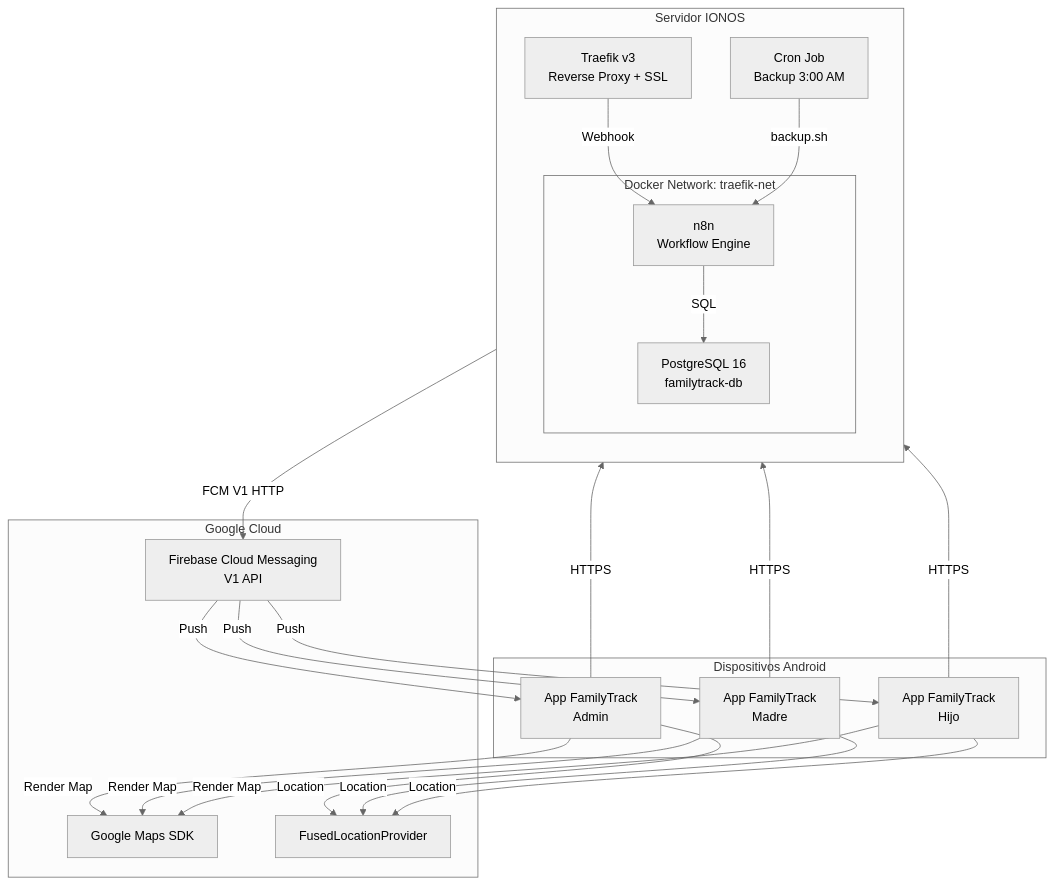
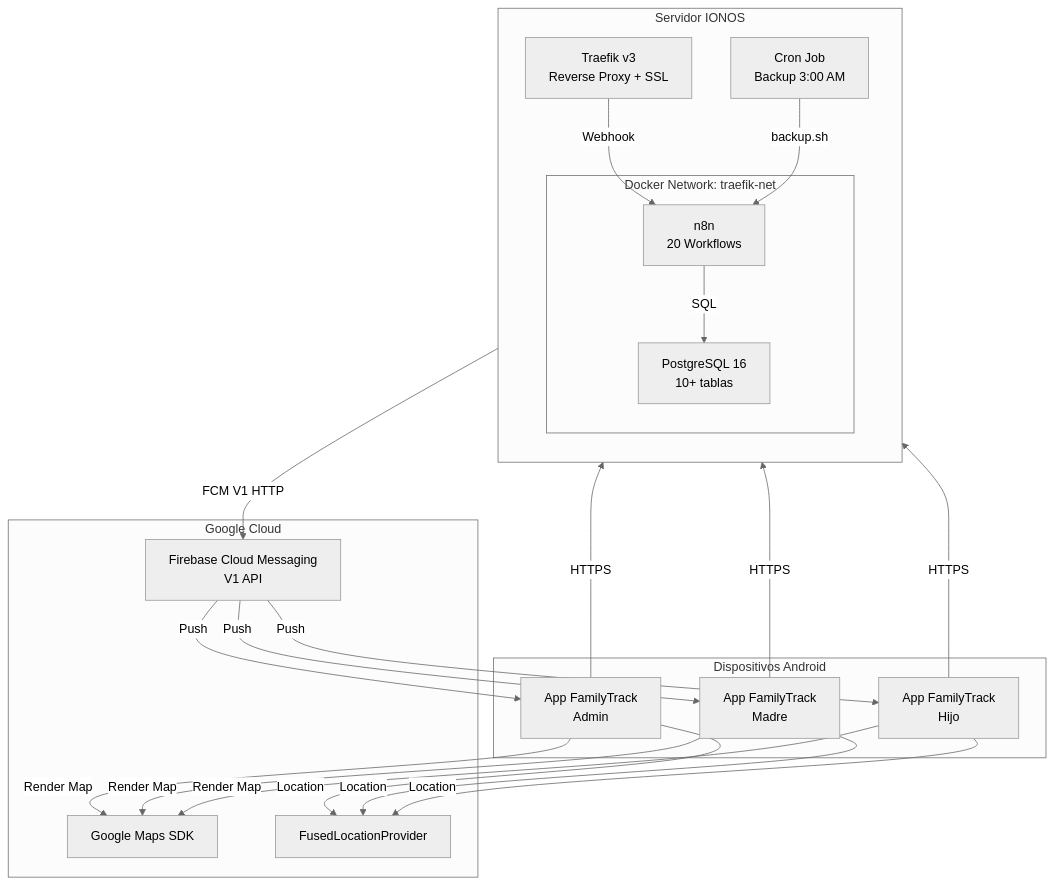
One commit to monghithub/familitrack changed the first of 16 diagrams in docs/architecture.md. Above: the diagram before and after it, drawn with Mermaid (neutral theme). The commit also changed other lines of this file and 7 other files, not shown here.

````diff
--- a/docs/architecture.md
+++ b/docs/architecture.md
@@ -11,35 +13,35 @@
 ```mermaid
 graph TB
     subgraph "Dispositivos Android"
         APP1[App FamilyTrack<br/>Admin]
         APP2[App FamilyTrack<br/>Madre]
         APP3[App FamilyTrack<br/>Hijo]
     end
 
     subgraph "Google Cloud"
         FCM[Firebase Cloud Messaging<br/>V1 API]
         MAPS[Google Maps SDK]
         FLOC[FusedLocationProvider]
     end
 
     subgraph "Servidor IONOS"
         direction TB
         TRAEFIK[Traefik v3<br/>Reverse Proxy + SSL]
 
         subgraph "Docker Network: traefik-net"
-            N8N[n8n<br/>Workflow Engine]
-            PG[PostgreSQL 16<br/>familytrack-db]
+            N8N[n8n<br/>20 Workflows]
+            PG[PostgreSQL 16<br/>10+ tablas]
         end
 
         CRON[Cron Job<br/>Backup 3:00 AM]
     end
 
     APP1 & APP2 & APP3 -->|HTTPS| TRAEFIK
     TRAEFIK -->|Webhook| N8N
     N8N -->|SQL| PG
     N8N -->|FCM V1 HTTP| FCM
     FCM -->|Push| APP1 & APP2 & APP3
     APP1 & APP2 & APP3 -->|Location| FLOC
     APP1 & APP2 & APP3 -->|Render Map| MAPS
     CRON -->|backup.sh| N8N
 ```
````
